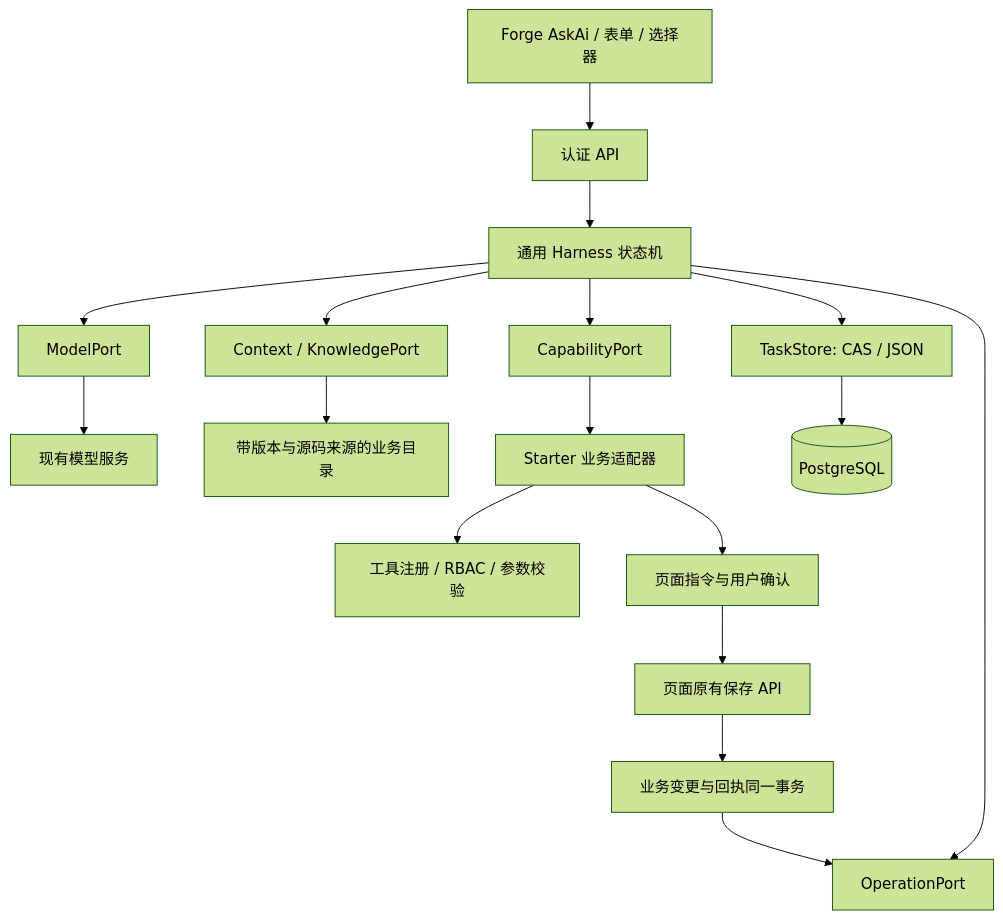
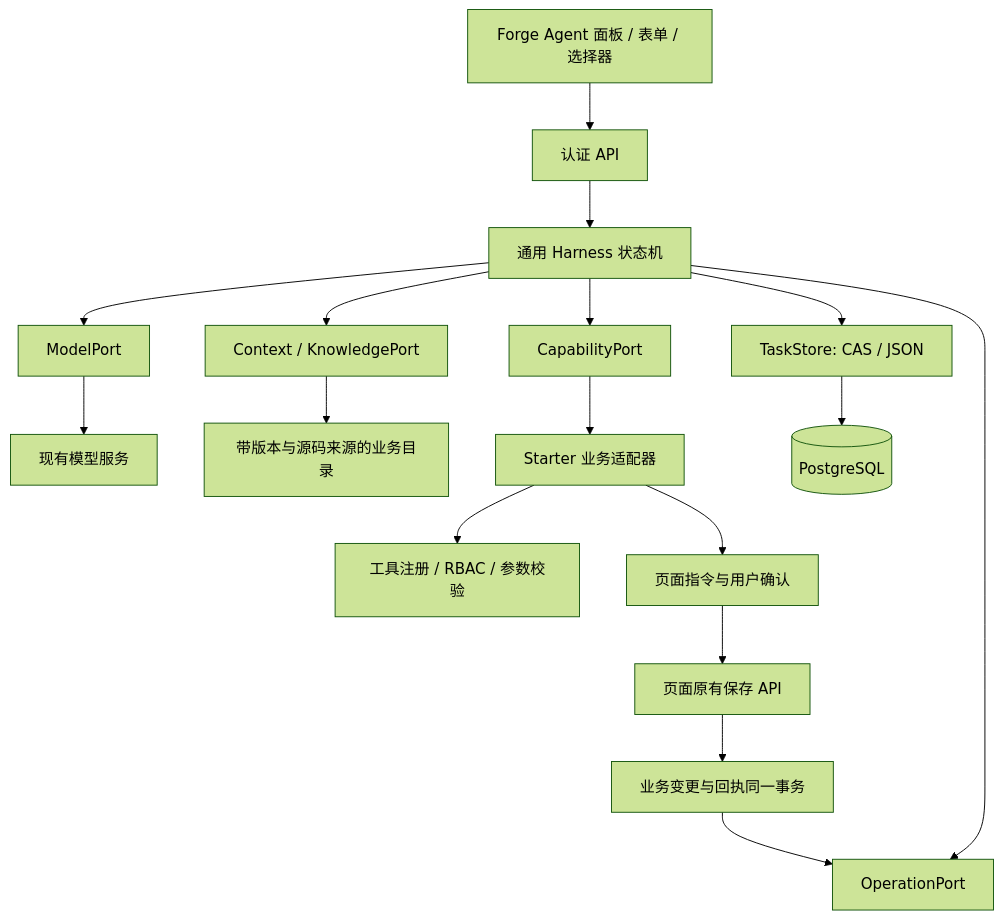
One commit to forge-ui/forge-starter changed the diagram in docs/ask-ai-harness.md. Above: the diagram before and after it, drawn with Mermaid (forest theme). The commit also changed other lines of this file and 32 other files, not shown here.

First line of the commit message:
chore: call the assistant Forge Agent everywhere

````diff
--- a/docs/ask-ai-harness.md
+++ b/docs/ask-ai-harness.md
@@ -11,19 +11,19 @@
 ```mermaid
 flowchart TD
-  UI[Forge AskAi / 表单 / 选择器] --> API[认证 API]
+  UI[Forge Agent 面板 / 表单 / 选择器] --> API[认证 API]
   API --> H[通用 Harness 状态机]
   H --> M[ModelPort]
   H --> K[Context / KnowledgePort]
   H --> C[CapabilityPort]
   H --> S[TaskStore: CAS / JSON]
   H --> O[OperationPort]
   M --> LM[现有模型服务]
   K --> KC[带版本与源码来源的业务目录]
   C --> A[Starter 业务适配器]
   A --> R[工具注册 / RBAC / 参数校验]
   A --> P[页面指令与用户确认]
   P --> B[页面原有保存 API]
   B --> DB[业务变更与回执同一事务]
   DB --> O
   S --> PG[(PostgreSQL)]
 ```
````
